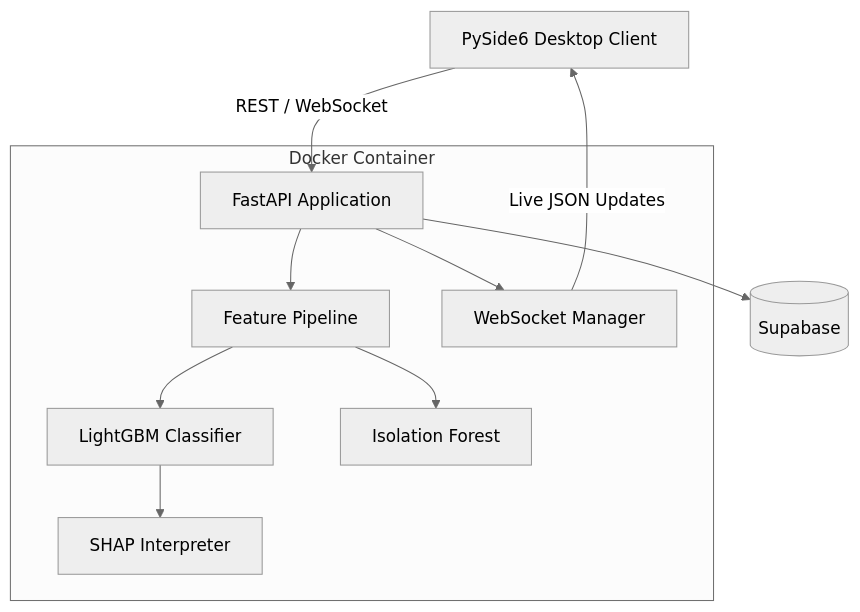
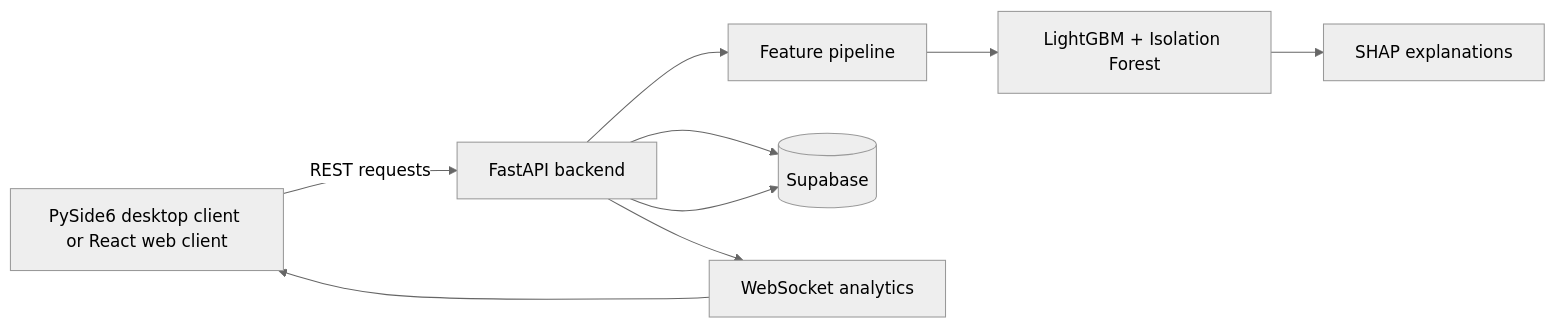
One commit to Ayush-0915/FinGuard-AI changed the diagram in README.md. Above: the diagram before and after it, drawn with Mermaid (neutral theme). The commit also changed other lines of this file and 2 other files, not shown here.

````diff
--- a/README.md
+++ b/README.md
@@ -448,24 +39,19 @@
 ```mermaid
-flowchart TD
-    Client[PySide6 Desktop Client]
+flowchart LR
+    Client["PySide6 desktop client or React web client"]
+    API["FastAPI backend"]
+    Features["Feature pipeline"]
+    Models["LightGBM + Isolation Forest"]
+    Explain["SHAP explanations"]
+    DB[("Supabase")]
+    Stream["WebSocket analytics"]
 
-    subgraph Docker["Docker Container"]
-        API[FastAPI Application]
-        Pipe[Feature Pipeline]
-        LGB[LightGBM Classifier]
-        IF[Isolation Forest]
-        SHAP[SHAP Interpreter]
-        WS[WebSocket Manager]
-    end
-
-    DB[(Supabase)]
-
-    Client -->|REST / WebSocket| API
-    API --> Pipe
-    Pipe --> LGB
-    Pipe --> IF
-    LGB --> SHAP
+    Client -->|REST requests| API
     API --> DB
-    API --> WS
-    WS -->|Live JSON Updates| Client
+    API --> Features
+    Features --> Models
+    Models --> Explain
+    API --> DB
+    API --> Stream
+    Stream --> Client
 ```
````
